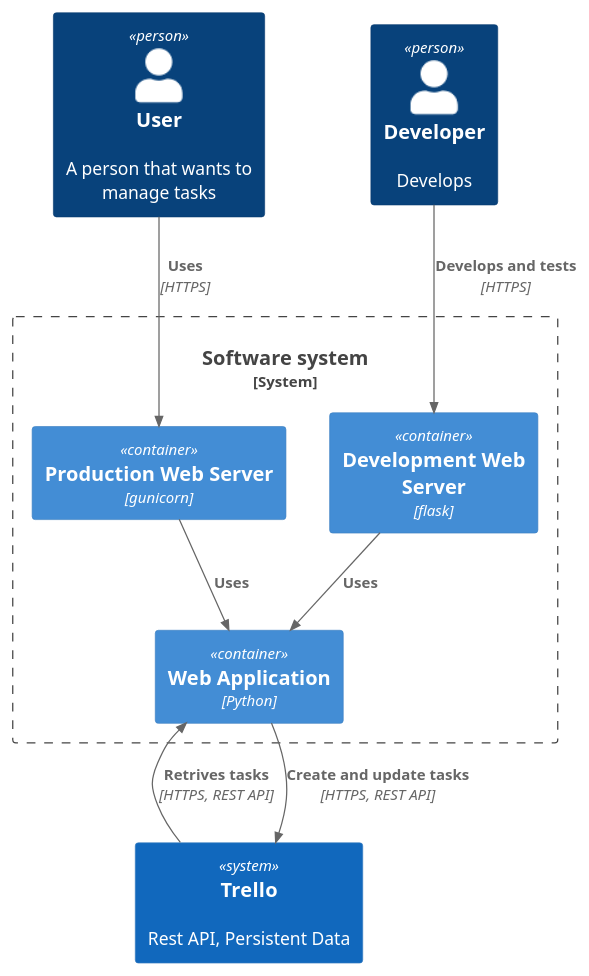
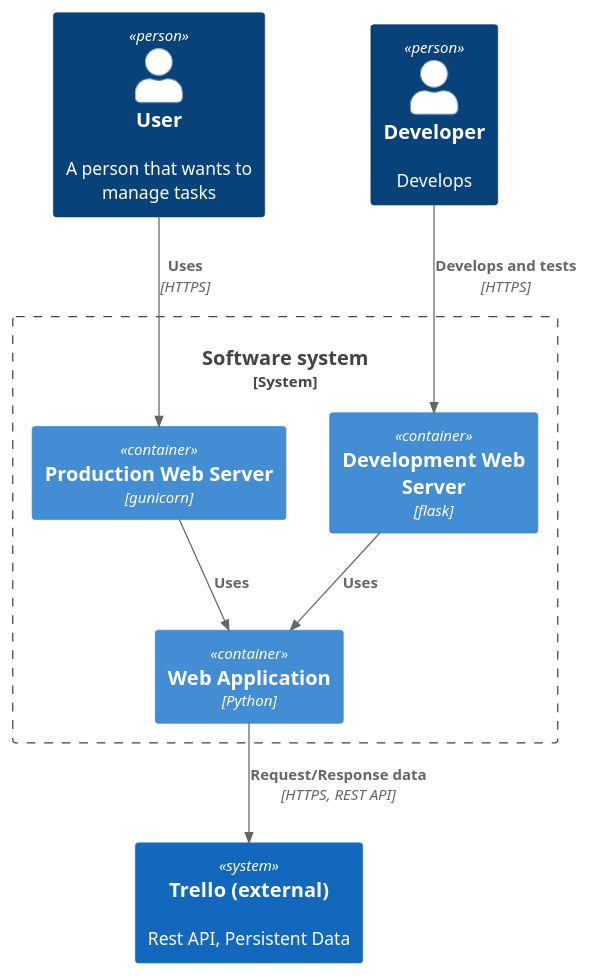
One commit to bytesontherocks/DevOps-Course-Starter changed the diagram in documentation/architecture/container.puml. Above: the diagram before and after it, drawn with PlantUML. The commit also changed 7 other files, not shown here.

```diff
--- a/documentation/architecture/container.puml
+++ b/documentation/architecture/container.puml
@@ -1,24 +1,21 @@
-@startuml to_do_conteiners
+@startuml container_diagram
 !include https://raw.githubusercontent.com/plantuml-stdlib/C4-PlantUML/master/C4_Container.puml
-
-
 
 Person(user, "User", "A person that wants to manage tasks")
 Person(developer, "Developer", "Develops")
 
 System_Boundary(app, "Software system", $link="https://github.com/plantuml-stdlib/C4-PlantUML") {
     Container(prod_web_server, "Production Web Server", "gunicorn", $link="https://github.com/plantuml-stdlib/C4-PlantUML/blob/master/LayoutOptions.md")
     Container(dev_web_server, "Development Web Server", "flask", $link="https://github.com/plantuml-stdlib/C4-PlantUML/blob/master/LayoutOptions.md")
     Container(web_application, "Web Application", "Python", $link="https://github.com/plantuml-stdlib/C4-PlantUML/blob/master/LayoutOptions.md")
 }
 
-System(trello, "Trello", "Rest API, Persistent Data")
+System(trello, "Trello (external)", "Rest API, Persistent Data")
 
 Rel(user, prod_web_server, "Uses", "HTTPS")
 Rel(developer, dev_web_server, "Develops and tests", "HTTPS")
 Rel(prod_web_server, web_application, "Uses")
 Rel(dev_web_server, web_application, "Uses")
-Rel(web_application, trello, "Create and update tasks", "HTTPS, REST API")
-Rel(trello, web_application, "Retrives tasks", "HTTPS, REST API")
+Rel(web_application, trello, "Request/Response data", "HTTPS, REST API")
 
 @enduml
```
